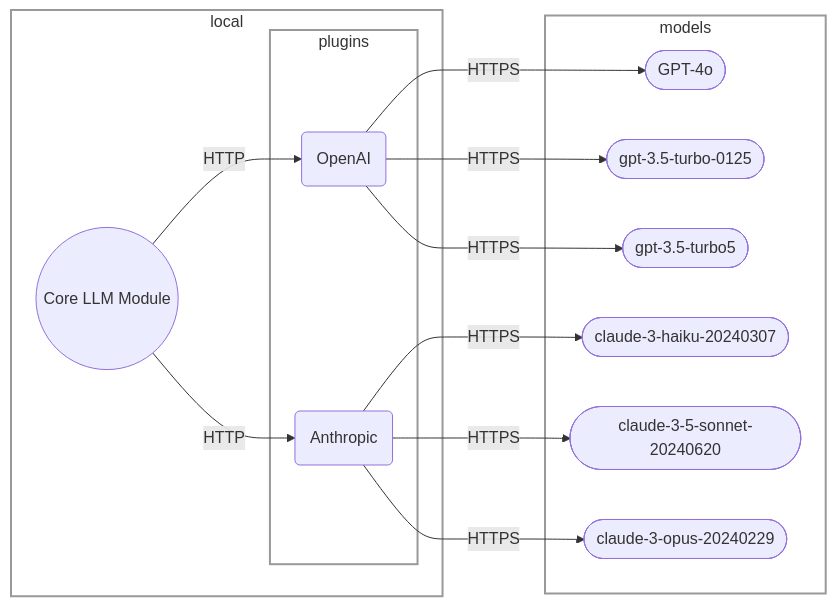
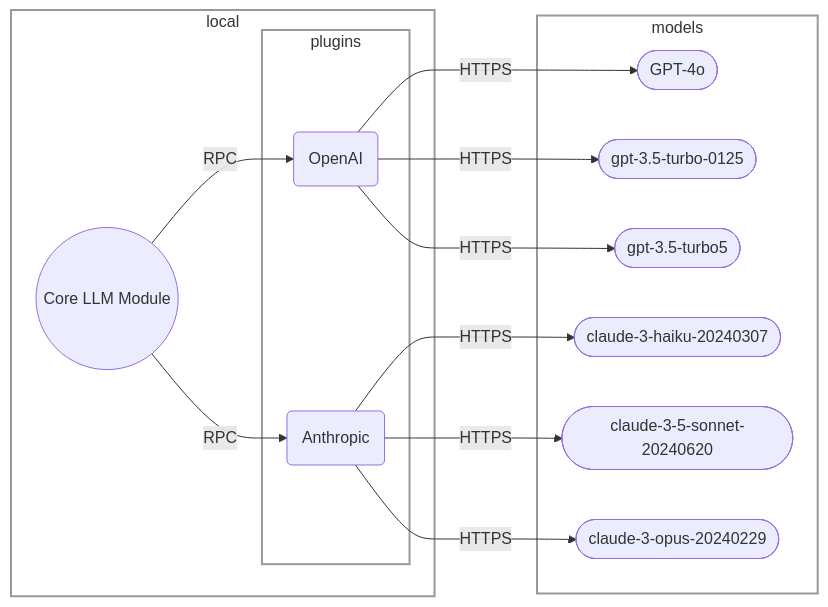
One commit to bcdxn/go-llm changed the diagram in ARCHITECTURE.md. Above: the diagram before and after it, drawn with Mermaid. The commit also changed 11 other files, not shown here.

````diff
--- a/ARCHITECTURE.md
+++ b/ARCHITECTURE.md
@@ -5,39 +5,39 @@
 ```mermaid
 flowchart LR
 
 classDef grouping fill:none,stroke:#999,stroke-width:2px
 
 subgraph local
     CoreLlm((Core LLM Module))
 
     subgraph plugins
         OpenAI(OpenAI)
         Anthropic(Anthropic)
     end
 end
 
 subgraph models
     GPT4o([GPT-4o])
     GPT35latest([gpt-3.5-turbo-0125])
     GPT35([gpt-3.5-turbo5])
 
     claude3haiku([claude-3-haiku-20240307])
     claude35sonnet([claude-3-5-sonnet-20240620])
     claude3opus([claude-3-opus-20240229])
 end
 
-CoreLlm -->|HTTP| OpenAI
-CoreLlm -->|HTTP| Anthropic
+CoreLlm -->|RPC| OpenAI
+CoreLlm -->|RPC| Anthropic
 
 OpenAI -->|HTTPS| GPT4o
 OpenAI -->|HTTPS| GPT35latest
 OpenAI -->|HTTPS| GPT35
 
 Anthropic -->|HTTPS| claude3haiku
 Anthropic -->|HTTPS| claude35sonnet
 Anthropic -->|HTTPS| claude3opus
 
 class plugins grouping
 class local grouping
 class models grouping
 ```
````
